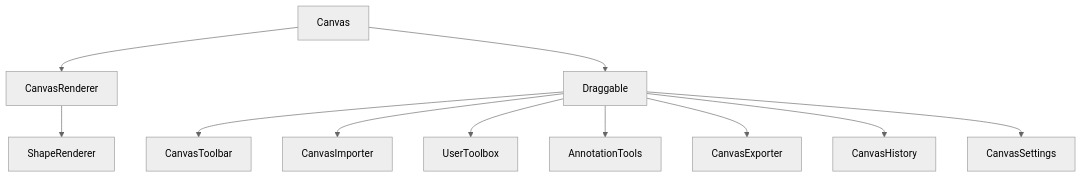
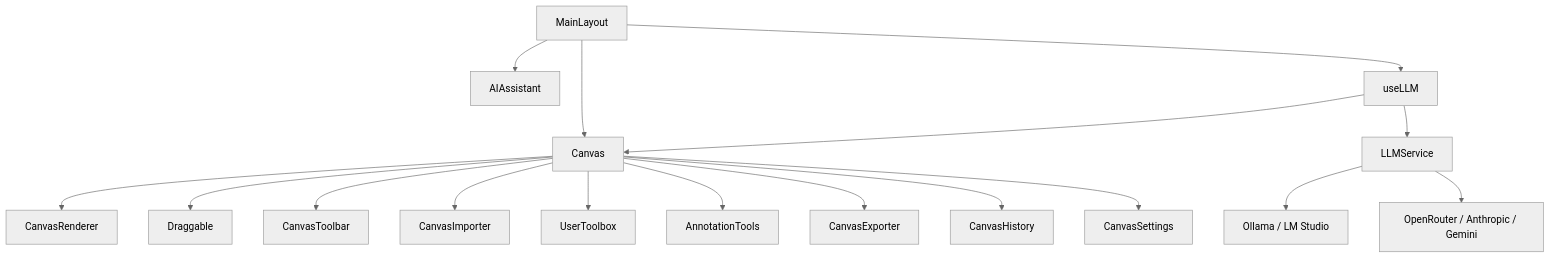
The diagram in docs/architecture/updated.md (rebots-online/tllmdraw), drawn with Mermaid (neutral theme) before and after one commit. The commit also changed other lines of this file and 6 other files, not shown here.

````diff
--- a/docs/architecture/updated.md
+++ b/docs/architecture/updated.md
@@ -5,13 +5,19 @@
 ```mermaid
 graph TD
+  MainLayout --> Canvas
+  MainLayout --> AIAssistant
+  MainLayout --> useLLM
+  useLLM --> LLMService
+  useLLM --> Canvas
+  LLMService --> LocalLLM["Ollama / LM Studio"]
+  LLMService --> HostedLLM["OpenRouter / Anthropic / Gemini"]
   Canvas --> CanvasRenderer
   Canvas --> Draggable
-  CanvasRenderer --> ShapeRenderer
-  Draggable --> CanvasToolbar
-  Draggable --> CanvasImporter
-  Draggable --> UserToolbox
-  Draggable --> AnnotationTools
-  Draggable --> CanvasExporter
-  Draggable --> CanvasHistory
-  Draggable --> CanvasSettings
+  Canvas --> CanvasToolbar
+  Canvas --> CanvasImporter
+  Canvas --> UserToolbox
+  Canvas --> AnnotationTools
+  Canvas --> CanvasExporter
+  Canvas --> CanvasHistory
+  Canvas --> CanvasSettings
 ```
````
